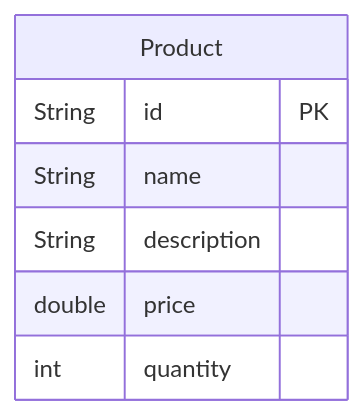
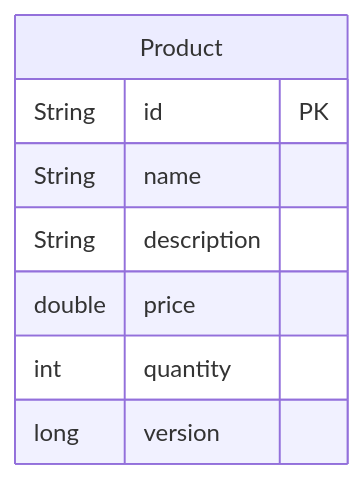
The first of 2 diagrams in documentation/product/TECHNICAL_DESIGN_DOCUMENT.md (nhh57/grpc_kafka), drawn with Mermaid before and after one commit. The commit also changed other lines of this file and 13 other files, not shown here.

Commit message:
Remove planned task documentation for TASK-103 and TASK-105, and update PLAN_PRODUCT.md and TECHNICAL_DESIGN_DOCUMENT.md to reflect changes in Product Service architecture, including multi-layer caching and gRPC integration.

````diff
--- a/documentation/product/TECHNICAL_DESIGN_DOCUMENT.md
+++ b/documentation/product/TECHNICAL_DESIGN_DOCUMENT.md
@@ -33,10 +26,11 @@
-    ```mermaid
-    erDiagram
-        Product {
-            String id PK
-            String name
-            String description
-            double price
-            int quantity
-        }
-    ```
+```mermaid
+erDiagram
+    Product {
+        String id PK
+        String name
+        String description
+        double price
+        int quantity
+        long version
+    }
+```
````
